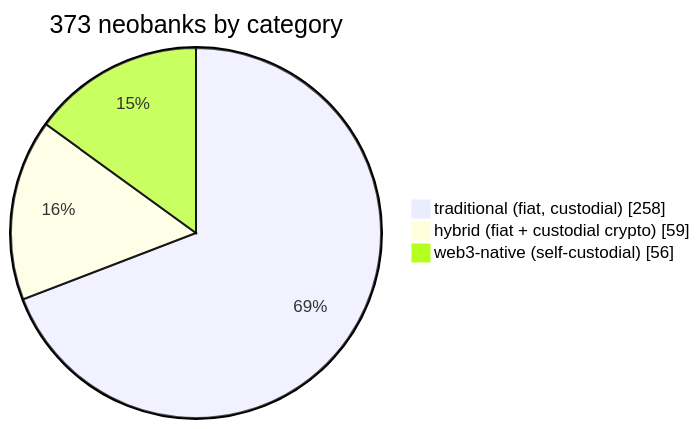
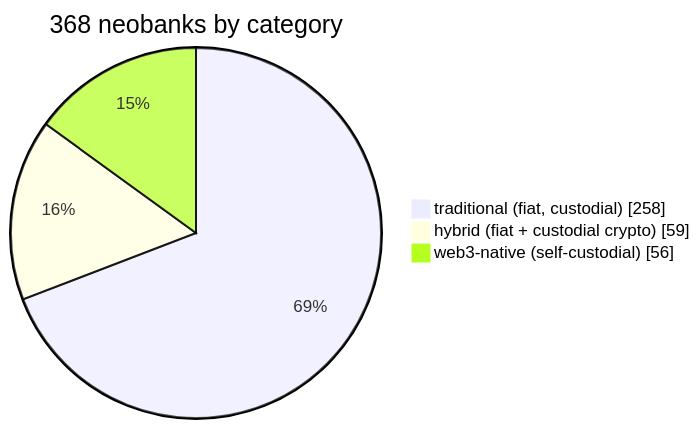
Before and after one commit to andreolf/neobankbeat: the first of 3 diagrams in README.md, drawn with Mermaid. The commit also changed other lines of this file and 1275 other files, not shown here.

````diff
--- a/README.md
+++ b/README.md
@@ -41,6 +41,6 @@
 ```mermaid
-pie showData title 373 neobanks by category
+pie showData title 368 neobanks by category
     "traditional (fiat, custodial)" : 258
     "hybrid (fiat + custodial crypto)" : 59
     "web3-native (self-custodial)" : 56
 ```
````
